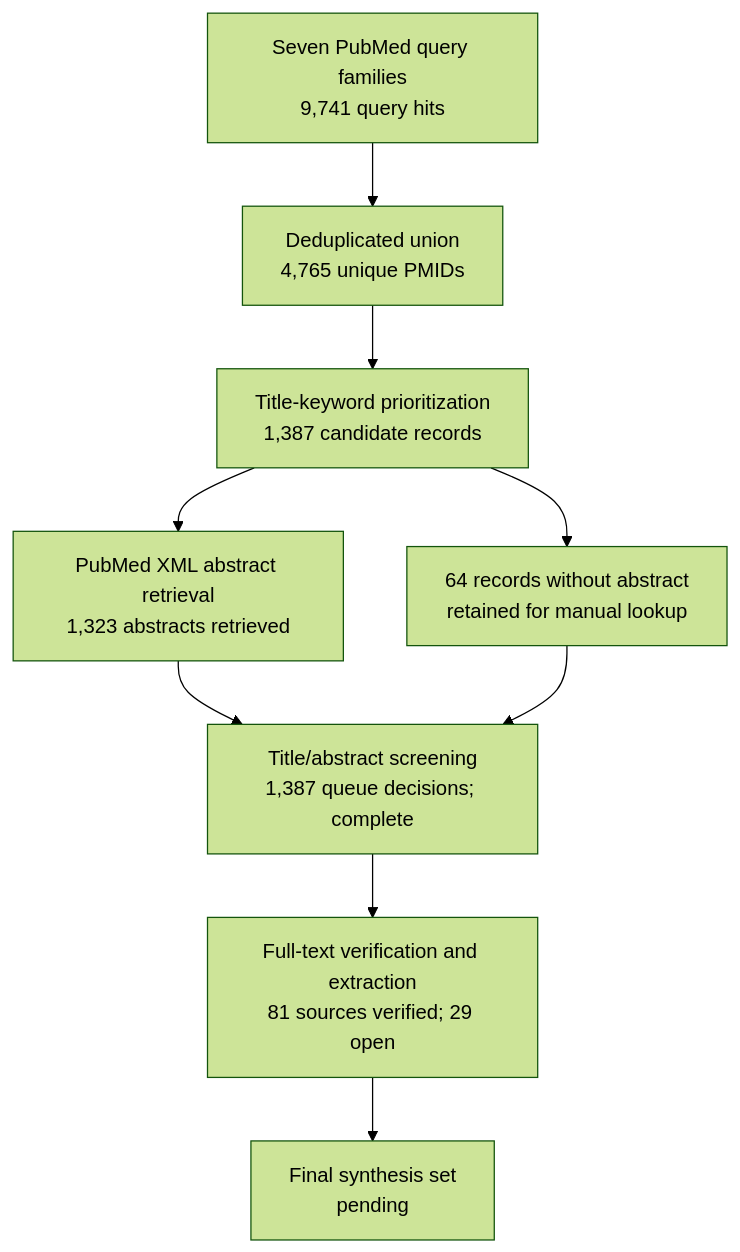
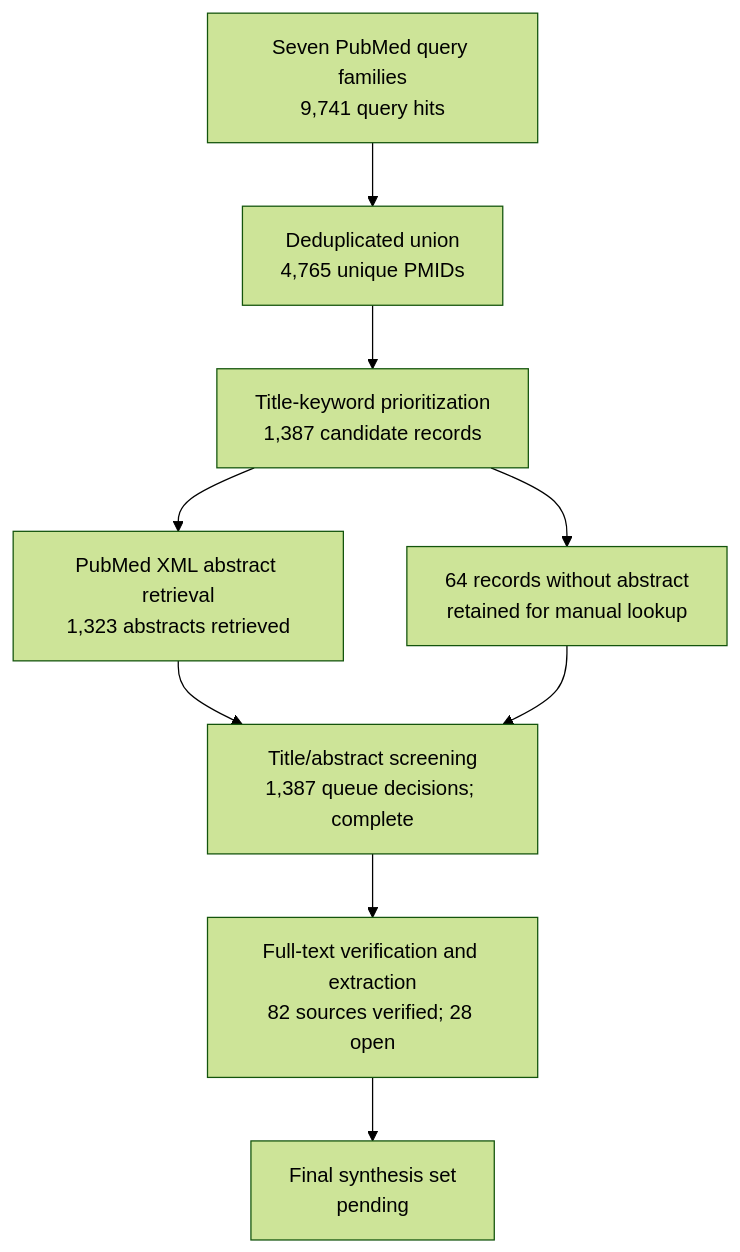
Before and after one commit to dcmcshan/artemisia: the diagram in manuscript/review-flow.md, drawn with Mermaid (forest theme). The commit also changed other lines of this file and 17 other files, not shown here.

Commit message:
Advance full-text evidence audit for campestris helminth study

````diff
--- a/manuscript/review-flow.md
+++ b/manuscript/review-flow.md
@@ -5,11 +5,11 @@
 ```mermaid
 flowchart TB
   Q[Seven PubMed query families<br/>9,741 query hits] --> U[Deduplicated union<br/>4,765 unique PMIDs]
   U --> T[Title-keyword prioritization<br/>1,387 candidate records]
   T --> A[PubMed XML abstract retrieval<br/>1,323 abstracts retrieved]
   T --> N[64 records without abstract<br/>retained for manual lookup]
   A --> M[Title/abstract screening<br/>1,387 queue decisions; complete]
   N --> M
-  M --> F[Full-text verification and extraction<br/>81 sources verified; 29 open]
+  M --> F[Full-text verification and extraction<br/>82 sources verified; 28 open]
   F --> S[Final synthesis set<br/>pending]
 ```
````
